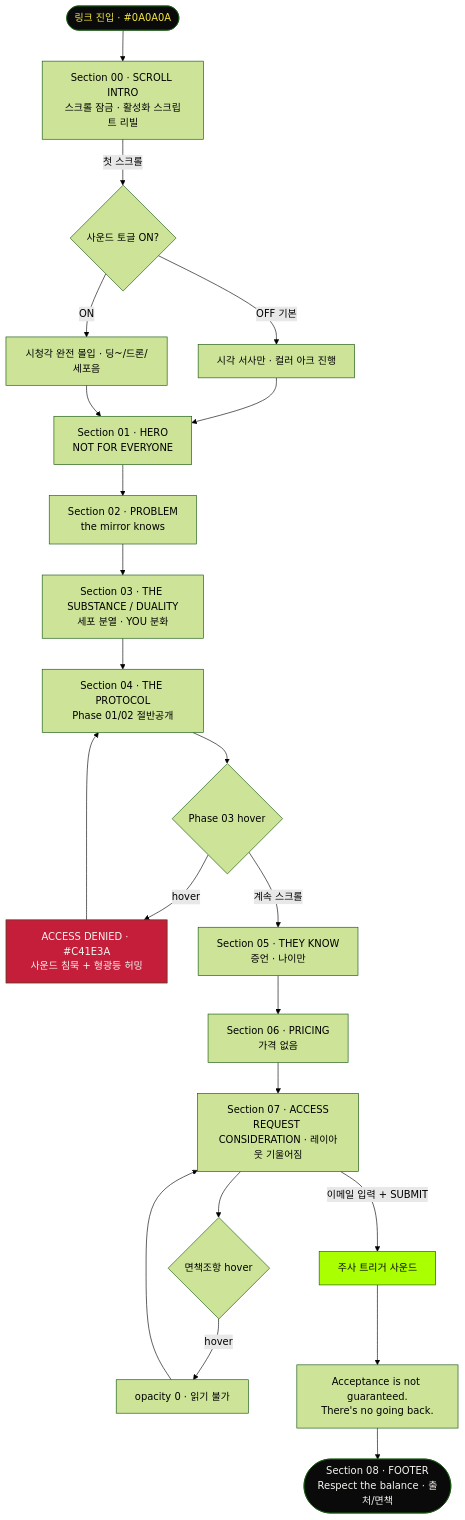
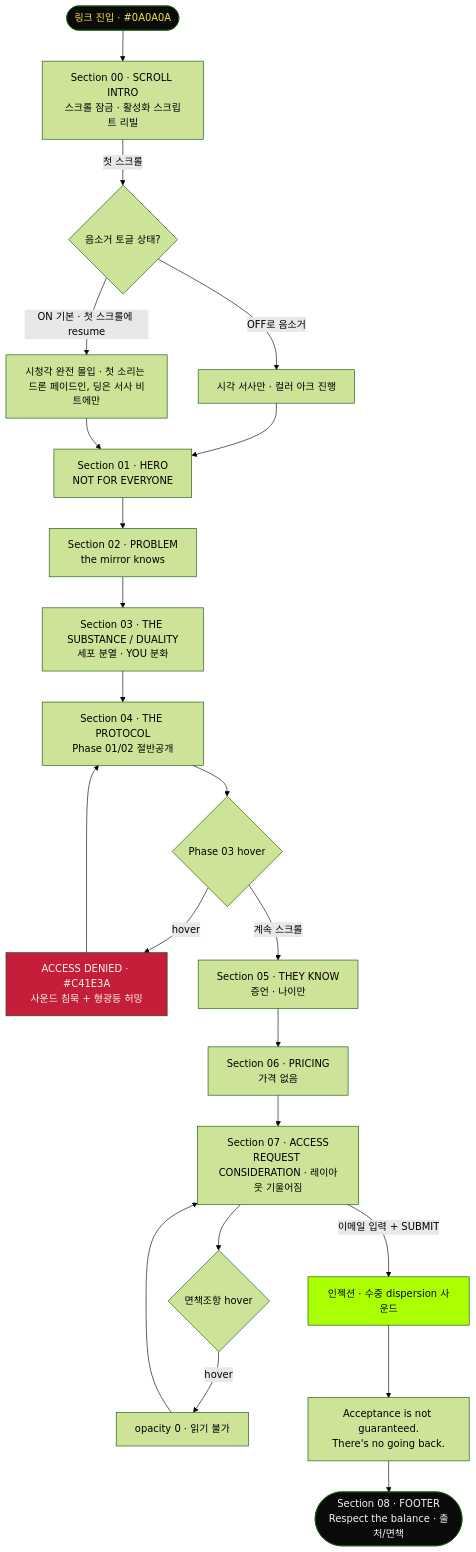
Before and after one commit to cm123kk/You.onlybetter: the diagram in docs/the-substance/02-ux-flow.md, drawn with Mermaid (forest theme). The commit also changed other lines of this file and 44 other files, not shown here.

````diff
--- a/docs/the-substance/02-ux-flow.md
+++ b/docs/the-substance/02-ux-flow.md
@@ -173,34 +220,34 @@
 ```mermaid
 flowchart TD
     START([링크 진입 · #0A0A0A]) --> INTRO[Section 00 · SCROLL INTRO<br/>스크롤 잠금 · 활성화 스크립트 리빌]
-    INTRO -->|첫 스크롤| SOUNDGATE{사운드 토글 ON?}
-    SOUNDGATE -->|OFF 기본| VISUAL[시각 서사만 · 컬러 아크 진행]
-    SOUNDGATE -->|ON| FULL[시청각 완전 몰입 · 딩~/드론/세포음]
+    INTRO -->|첫 스크롤| SOUNDGATE{음소거 토글 상태?}
+    SOUNDGATE -->|OFF로 음소거| VISUAL[시각 서사만 · 컬러 아크 진행]
+    SOUNDGATE -->|ON 기본 · 첫 스크롤에 resume| FULL[시청각 완전 몰입 · 첫 소리는 드론 페이드인, 딩은 서사 비트에만]
     VISUAL --> HERO
     FULL --> HERO
 
     HERO[Section 01 · HERO<br/>NOT FOR EVERYONE] --> PROBLEM[Section 02 · PROBLEM<br/>the mirror knows]
     PROBLEM --> SUBSTANCE[Section 03 · THE SUBSTANCE / DUALITY<br/>세포 분열 · YOU 분화]
     SUBSTANCE --> PROTOCOL[Section 04 · THE PROTOCOL<br/>Phase 01/02 절반공개]
 
     PROTOCOL --> LOCK{Phase 03 hover}
     LOCK -->|hover| DENIED[ACCESS DENIED · #C41E3A<br/>사운드 침묵 + 형광등 허밍]
     DENIED --> PROTOCOL
     LOCK -->|계속 스크롤| KNOW
 
     KNOW[Section 05 · THEY KNOW<br/>증언 · 나이만] --> PRICING[Section 06 · PRICING<br/>가격 없음]
     PRICING --> ACCESS[Section 07 · ACCESS<br/>REQUEST CONSIDERATION · 레이아웃 기울어짐]
 
     ACCESS --> DISC{면책조항 hover}
     DISC -->|hover| VANISH[opacity 0 · 읽기 불가]
     VANISH --> ACCESS
 
-    ACCESS -->|이메일 입력 + SUBMIT| INJECT[주사 트리거 사운드]
+    ACCESS -->|이메일 입력 + SUBMIT| INJECT[인젝션 · 수중 dispersion 사운드]
     INJECT --> RESULT[Acceptance is not guaranteed.<br/>There's no going back.]
     RESULT --> FOOTER([Section 08 · FOOTER<br/>Respect the balance · 출처/면책])
 
     style START fill:#0A0A0A,color:#F5E642
     style DENIED fill:#C41E3A,color:#F5F5F0
     style INJECT fill:#AAFF00,color:#0A0A0A
     style FOOTER fill:#0A0A0A,color:#F5F5F0
 ```
````
